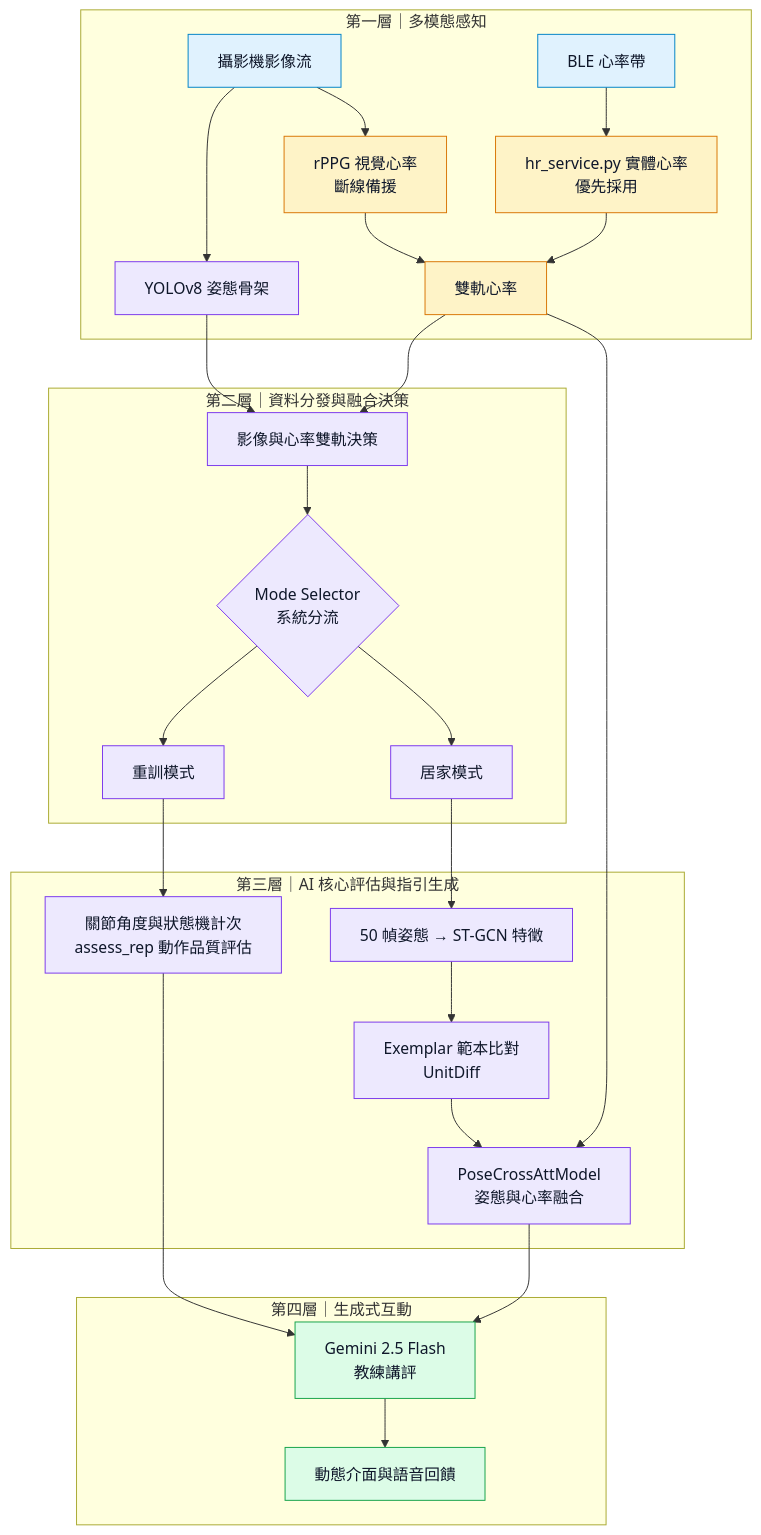
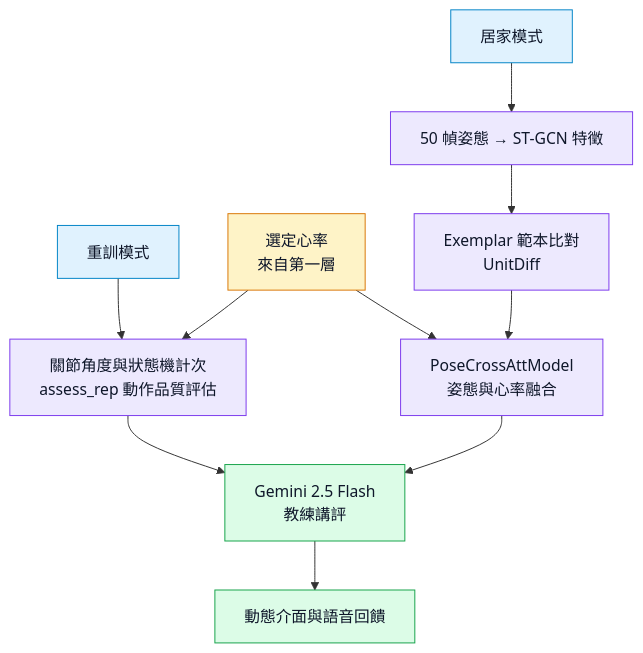
The second of 2 diagrams in README.md (ghjkl563563-stack/ai-fitness-coach), drawn with Mermaid before and after one commit. The commit also changed other lines of this file, not shown here.

Commit message:
Refine AegisFit architecture flow for README

````diff
--- a/README.md
+++ b/README.md
@@ -27,42 +54,24 @@
 ```mermaid
 flowchart TB
-    subgraph L1["第一層｜多模態感知"]
-        camera["攝影機影像流"] --> pose["YOLOv8 姿態骨架"]
-        camera --> rppg["rPPG 視覺心率<br/>斷線備援"]
-        ble["BLE 心率帶"] --> physical["hr_service.py 實體心率<br/>優先採用"]
-        physical --> heart["雙軌心率"]
-        rppg --> heart
-    end
-
-    subgraph L2["第二層｜資料分發與融合決策"]
-        dual["影像與心率雙軌決策"] --> mode{"Mode Selector<br/>系統分流"}
-        mode --> strength["重訓模式"]
-        mode --> home["居家模式"]
-    end
-    pose --> dual
-    heart --> dual
-
-    subgraph L3["第三層｜AI 核心評估與指引生成"]
-        rep["關節角度與狀態機計次<br/>assess_rep 動作品質評估"]
-        stgcn["50 幀姿態 → ST-GCN 特徵"] --> exemplar["Exemplar 範本比對<br/>UnitDiff"]
-        exemplar --> fusion["PoseCrossAttModel<br/>姿態與心率融合"]
-    end
     strength --> rep
     home --> stgcn
+    strength["重訓模式"]
+    home["居家模式"]
+    heart["選定心率<br/>來自第一層"] --> rep
     heart --> fusion
-
-    subgraph L4["第四層｜生成式互動"]
-        gemini["Gemini 2.5 Flash<br/>教練講評"] --> ui["動態介面與語音回饋"]
-    end
+    rep["關節角度與狀態機計次<br/>assess_rep 動作品質評估"]
+    stgcn["50 幀姿態 → ST-GCN 特徵"] --> exemplar["Exemplar 範本比對<br/>UnitDiff"]
+    exemplar --> fusion["PoseCrossAttModel<br/>姿態與心率融合"]
     rep --> gemini
     fusion --> gemini
+    gemini["Gemini 2.5 Flash<br/>教練講評"] --> ui["動態介面與語音回饋"]
 
     classDef input fill:#E0F2FE,stroke:#0284C7,color:#0F172A
     classDef sensing fill:#FEF3C7,stroke:#D97706,color:#0F172A
     classDef decision fill:#EDE9FE,stroke:#7C3AED,color:#0F172A
     classDef result fill:#DCFCE7,stroke:#16A34A,color:#0F172A
-    class camera,ble input
-    class rppg,physical,heart sensing
-    class pose,dual,mode,strength,home,rep,stgcn,exemplar,fusion decision
+    class strength,home input
+    class heart sensing
+    class rep,stgcn,exemplar,fusion decision
     class gemini,ui result
 ```
````
